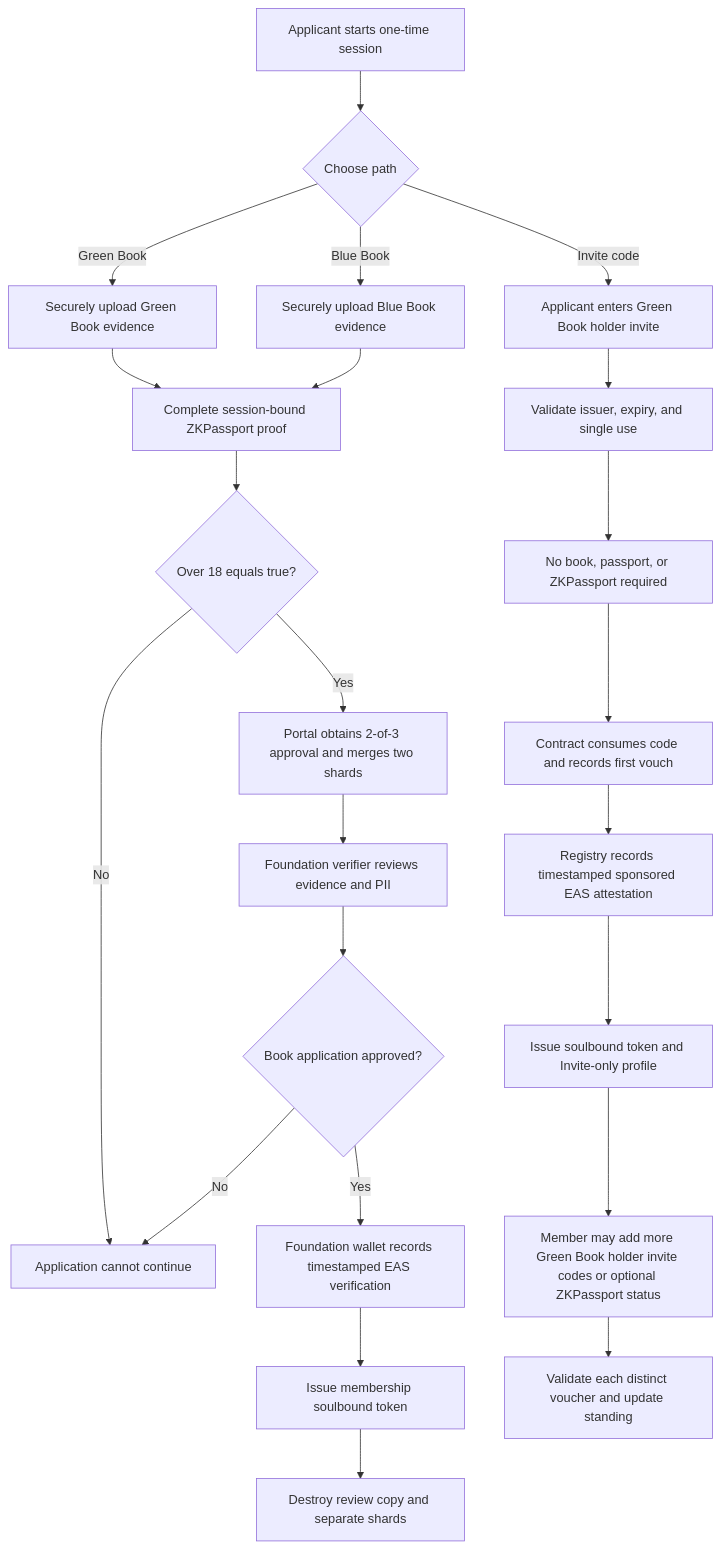
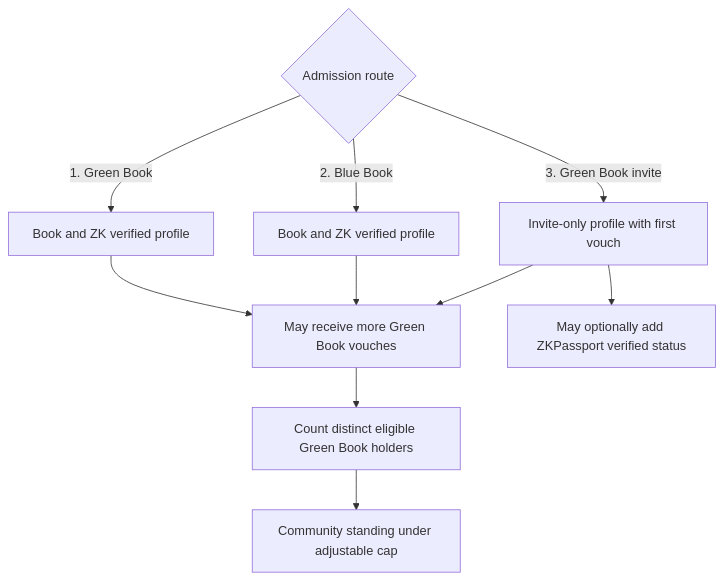
One commit to AlexJupiter/tibetan-id changed the fourth of 7 diagrams in README.md. Above: the diagram before and after it, drawn with Mermaid. The commit also changed other lines of this file, not shown here.

Commit message:
Simplify architecture and lead with flows

````diff
--- a/README.md
+++ b/README.md
@@ -104,28 +116,12 @@
 ```mermaid
 flowchart TD
-    A[Applicant starts one-time session] --> B{Choose path}
-
-    B -->|Green Book| C[Securely upload Green Book evidence]
-    B -->|Blue Book| D[Securely upload Blue Book evidence]
-    C --> E[Complete session-bound ZKPassport proof]
+    A{Admission route} -->|1. Green Book| B[Book and ZK verified profile]
+    A -->|2. Blue Book| C[Book and ZK verified profile]
+    A -->|3. Green Book invite| D[Invite-only profile with first vouch]
+    B --> E[May receive more Green Book vouches]
+    C --> E
     D --> E
-    E --> F{Over 18 equals true?}
-    F -->|No| L[Application cannot continue]
-    F -->|Yes| R[Portal obtains 2-of-3 approval and merges two shards]
-    R --> S[Foundation verifier reviews evidence and PII]
-    S --> T{Book application approved?}
-    T -->|No| L
-    T -->|Yes| U[Foundation wallet records timestamped EAS verification]
-    U --> V[Issue membership soulbound token]
-    V --> W[Destroy review copy and separate shards]
-
-    B -->|Invite code| G[Applicant enters Green Book holder invite]
-    G --> H[Validate issuer, expiry, and single use]
-    H --> I[No book, passport, or ZKPassport required]
-    I --> J[Contract consumes code and records first vouch]
-    J --> M[Registry records timestamped sponsored EAS attestation]
-    M --> N[Issue soulbound token and Invite-only profile]
-
-    N --> P[Member may add more Green Book holder invite codes or optional ZKPassport status]
-    P --> Q[Validate each distinct voucher and update standing]
+    D --> F[May optionally add ZKPassport verified status]
+    E --> G[Count distinct eligible Green Book holders]
+    G --> H[Community standing under adjustable cap]
 ```
````
